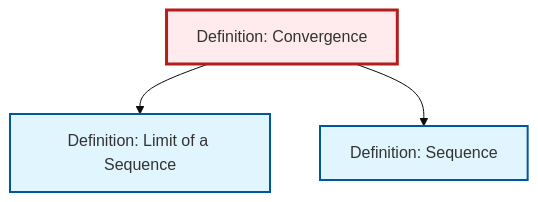
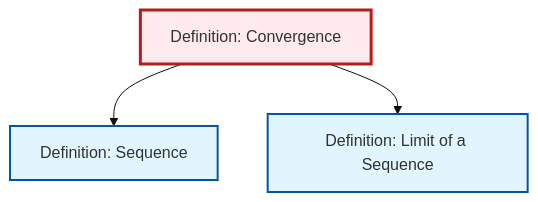
One commit to RK0429/ModernMath changed the diagram in content/en/analysis/def-convergence.qmd. Above: the diagram before and after it, drawn with Mermaid (base theme). The commit also changed other lines of this file and 530 other files, not shown here.

````diff
--- a/content/en/analysis/def-convergence.qmd
+++ b/content/en/analysis/def-convergence.qmd
@@ -76,17 +76,17 @@
 ```{mermaid}
 %%| fig-cap: "Local dependency graph"
 graph TD
     classDef definition fill:#e1f5fe,stroke:#01579b,stroke-width:2px
     classDef theorem fill:#f3e5f5,stroke:#4a148c,stroke-width:2px
     classDef axiom fill:#fff3e0,stroke:#e65100,stroke-width:2px
     classDef example fill:#e8f5e9,stroke:#1b5e20,stroke-width:2px
     classDef current fill:#ffebee,stroke:#b71c1c,stroke-width:3px
-    def-limit["Definition: Limit of a Sequence"]:::definition
     def-sequence["Definition: Sequence"]:::definition
     def-convergence["Definition: Convergence"]:::definition
+    def-limit["Definition: Limit of a Sequence"]:::definition
+    def-convergence --> def-sequence
     def-convergence --> def-limit
-    def-convergence --> def-sequence
     class def-convergence current
+    click def-sequence "def-sequence.html" "Go to Sequence definition"
     click def-limit "def-limit.html" "Go to Limit of a Sequence definition"
-    click def-sequence "def-sequence.html" "Go to Sequence definition"
 ```
````
